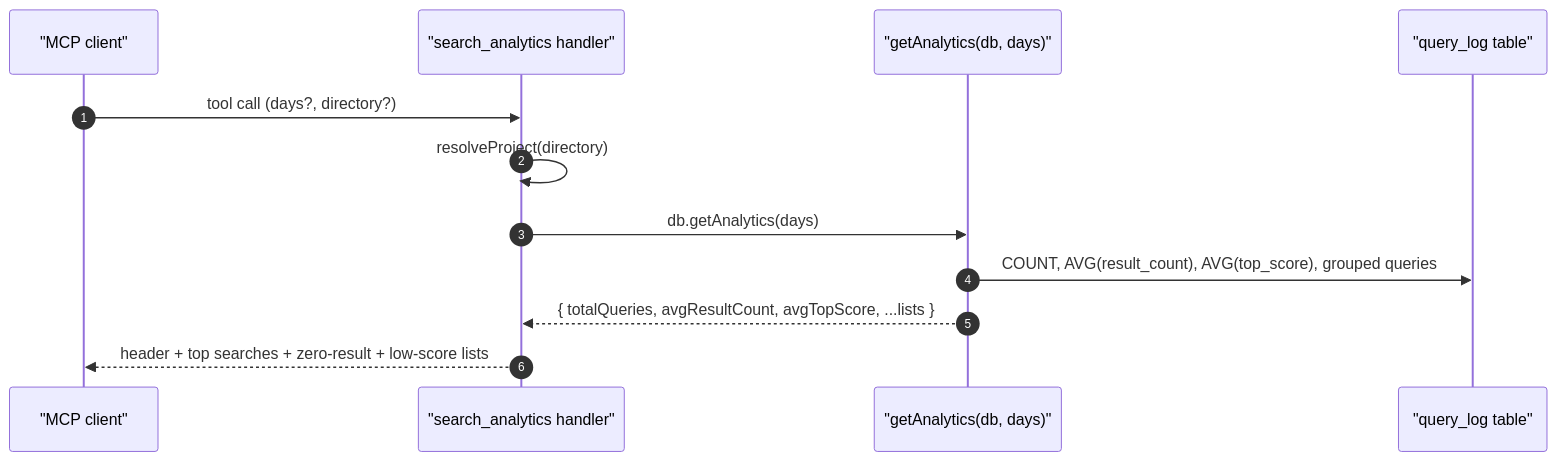
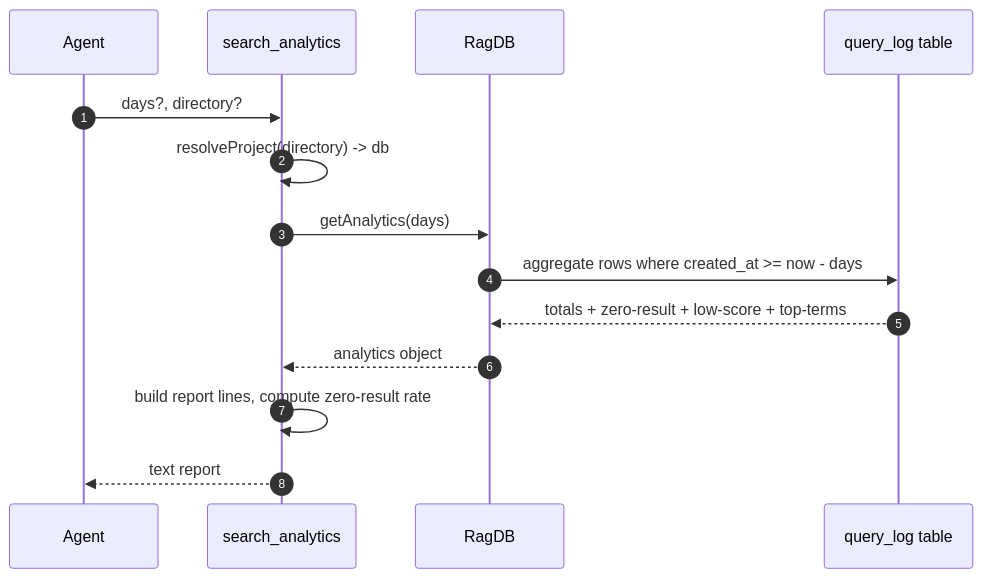
Before and after one commit to TheWinci/mimirs: the diagram in wiki/tools/search-analytics.md, drawn with Mermaid. The commit also changed other lines of this file and 52 other files, not shown here.

````diff
--- a/wiki/tools/search-analytics.md
+++ b/wiki/tools/search-analytics.md
@@ -12,15 +31,16 @@
 ```mermaid
 sequenceDiagram
     autonumber
-    participant Client as "MCP client"
-    participant Handler as "search_analytics handler"
-    participant Agg as "getAnalytics(db, days)"
-    participant Log as "query_log table"
-
-    Client->>Handler: tool call (days?, directory?)
-    Handler->>Handler: resolveProject(directory)
-    Handler->>Agg: db.getAnalytics(days)
-    Agg->>Log: COUNT, AVG(result_count), AVG(top_score), grouped queries
-    Agg-->>Handler: { totalQueries, avgResultCount, avgTopScore, ...lists }
-    Handler-->>Client: header + top searches + zero-result + low-score lists
+    participant Agent
+    participant Tool as search_analytics
+    participant DB as RagDB
+    participant Log as query_log table
+    Agent->>Tool: days?, directory?
+    Tool->>Tool: resolveProject(directory) -> db
+    Tool->>DB: getAnalytics(days)
+    DB->>Log: aggregate rows where created_at >= now - days
+    Log-->>DB: totals + zero-result + low-score + top-terms
+    DB-->>Tool: analytics object
+    Tool->>Tool: build report lines, compute zero-result rate
+    Tool-->>Agent: text report
 ```
````
